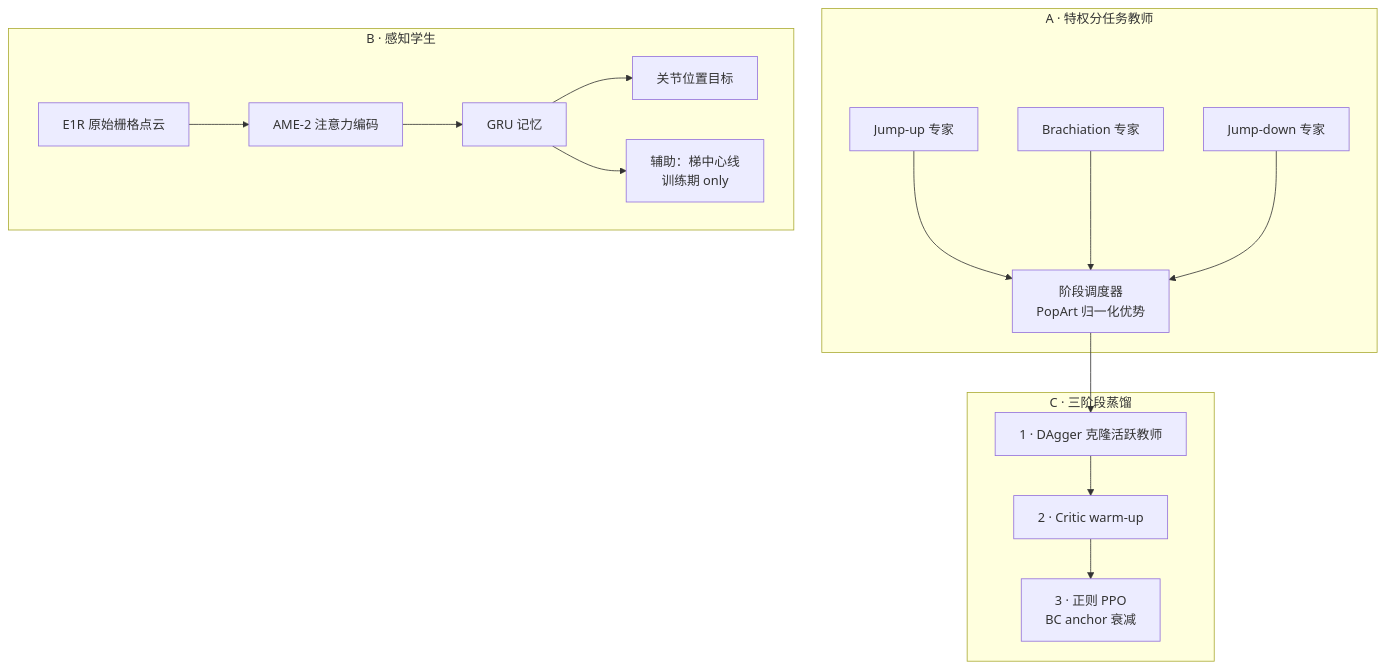
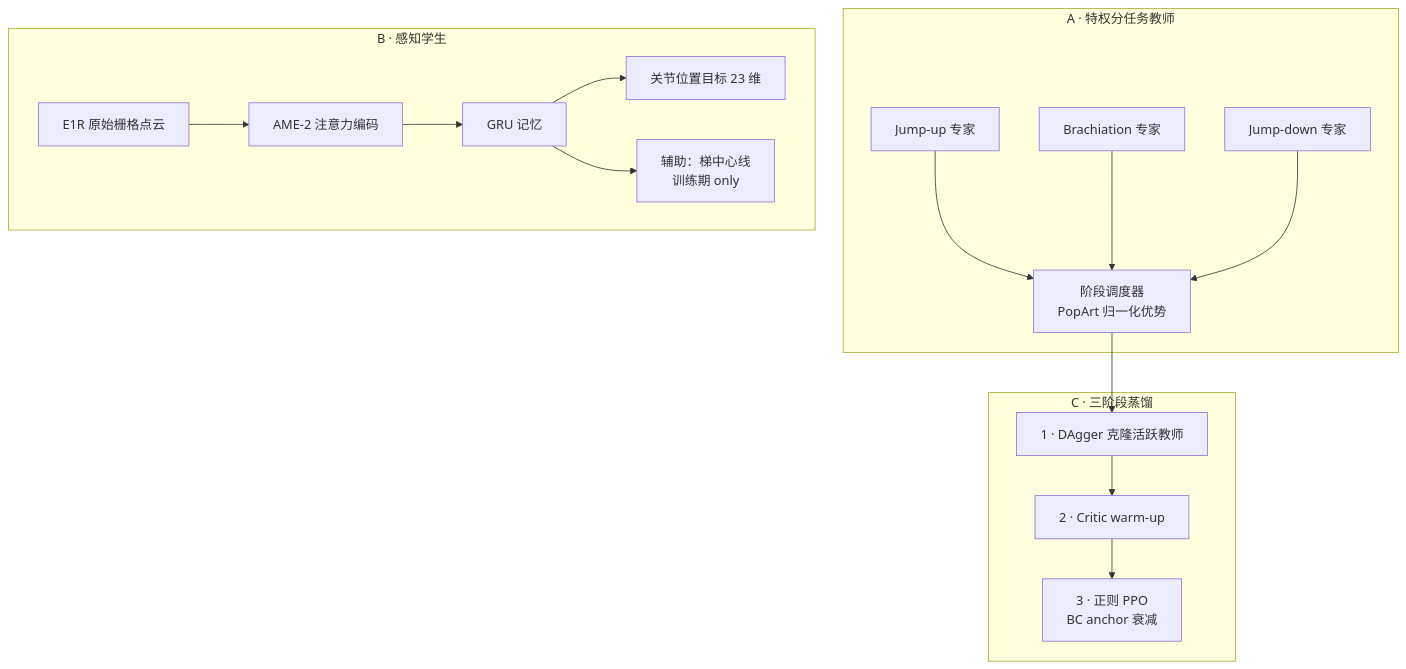
The diagram in wiki/entities/paper-agile-perceptive-traversal-sparse-3d.md (ImChong/Robotics_Notebooks), drawn with Mermaid before and after one commit. The commit also changed other lines of this file and 14 other files, not shown here.

````diff
--- a/wiki/entities/paper-agile-perceptive-traversal-sparse-3d.md
+++ b/wiki/entities/paper-agile-perceptive-traversal-sparse-3d.md
@@ -62,27 +68,27 @@
 ```mermaid
 flowchart TB
   subgraph teachers [A · 特权分任务教师]
     ju["Jump-up 专家"]
     br["Brachiation 专家"]
     jd["Jump-down 专家"]
     sched["阶段调度器\nPopArt 归一化优势"]
   end
   subgraph student [B · 感知学生]
     e1r["E1R 原始栅格点云"]
     ame["AME-2 注意力编码"]
     gru["GRU 记忆"]
-    act["关节位置目标"]
+    act["关节位置目标 23 维"]
     aux["辅助：梯中心线\n训练期 only"]
   end
   subgraph distill [C · 三阶段蒸馏]
     d1["1 · DAgger 克隆活跃教师"]
     d2["2 · Critic warm-up"]
     d3["3 · 正则 PPO\nBC anchor 衰减"]
   end
   ju --> sched
   br --> sched
   jd --> sched
   sched --> d1 --> d2 --> d3
   e1r --> ame --> gru --> act
   gru --> aux
 ```
````
